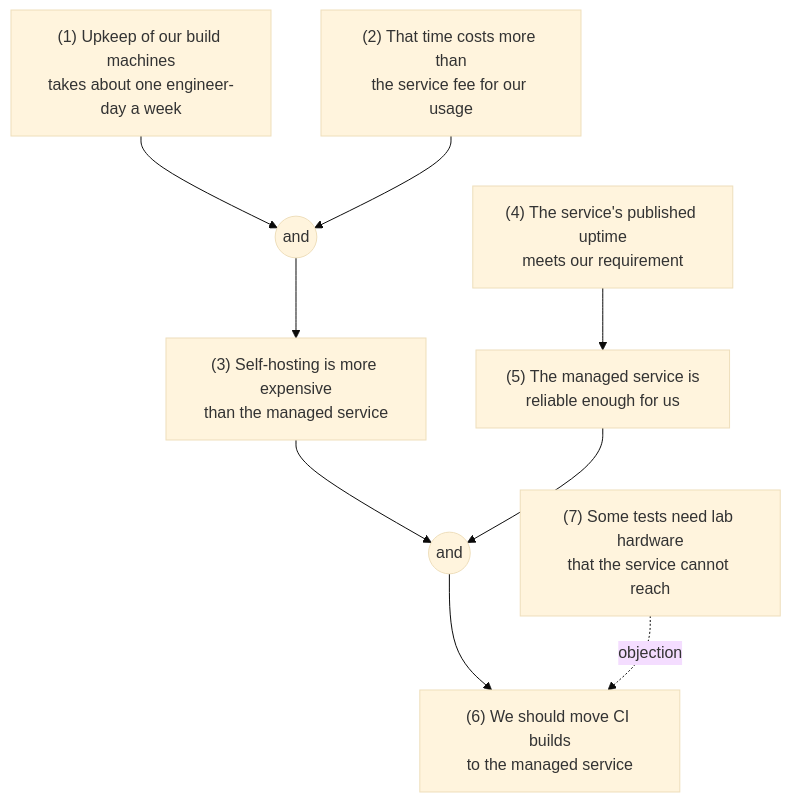
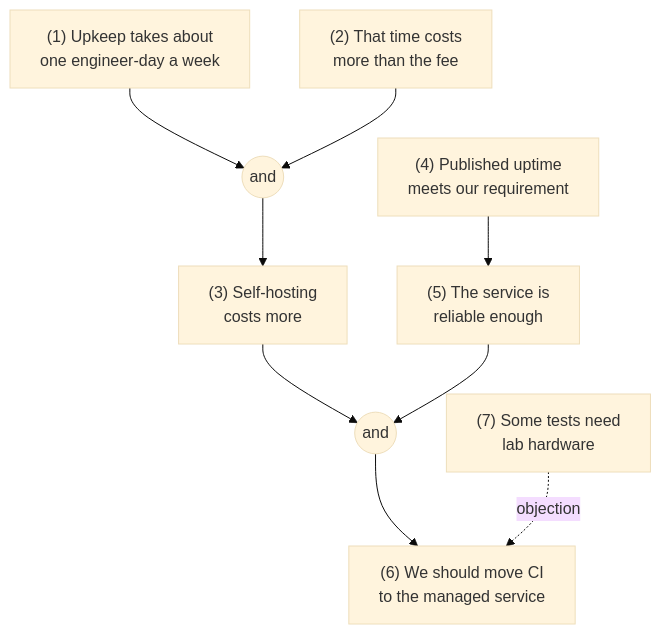
One commit to acrr-asia/acrr changed the third of 3 diagrams in src/content/blog/arguments-and-their-structure.mdx. Above: the diagram before and after it, drawn with Mermaid (base theme). The commit also changed other lines of this file and 5 other files, not shown here.

````diff
--- a/src/content/blog/arguments-and-their-structure.mdx
+++ b/src/content/blog/arguments-and-their-structure.mdx
@@ -113,11 +113,11 @@
 ```mermaid
 flowchart TB
-    P1["(1) Upkeep of our build machines<br/>takes about one engineer-day a week"] --> J1((and))
-    P2["(2) That time costs more than<br/>the service fee for our usage"] --> J1
-    J1 --> I1["(3) Self-hosting is more expensive<br/>than the managed service"]
-    P4["(4) The service's published uptime<br/>meets our requirement"] --> I2["(5) The managed service is<br/>reliable enough for us"]
+    P1["(1) Upkeep takes about<br/>one engineer-day a week"] --> J1((and))
+    P2["(2) That time costs<br/>more than the fee"] --> J1
+    J1 --> I1["(3) Self-hosting<br/>costs more"]
+    P4["(4) Published uptime<br/>meets our requirement"] --> I2["(5) The service is<br/>reliable enough"]
     I1 --> J2((and))
     I2 --> J2
-    J2 --> C["(6) We should move CI builds<br/>to the managed service"]
-    O["(7) Some tests need lab hardware<br/>that the service cannot reach"] -. objection .-> C
+    J2 --> C["(6) We should move CI<br/>to the managed service"]
+    O["(7) Some tests need<br/>lab hardware"] -. objection .-> C
 ```
````
